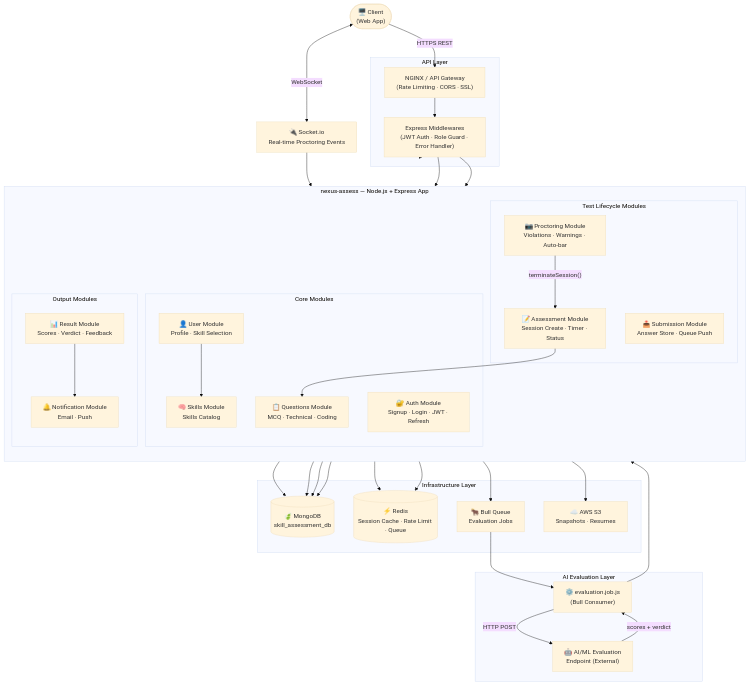
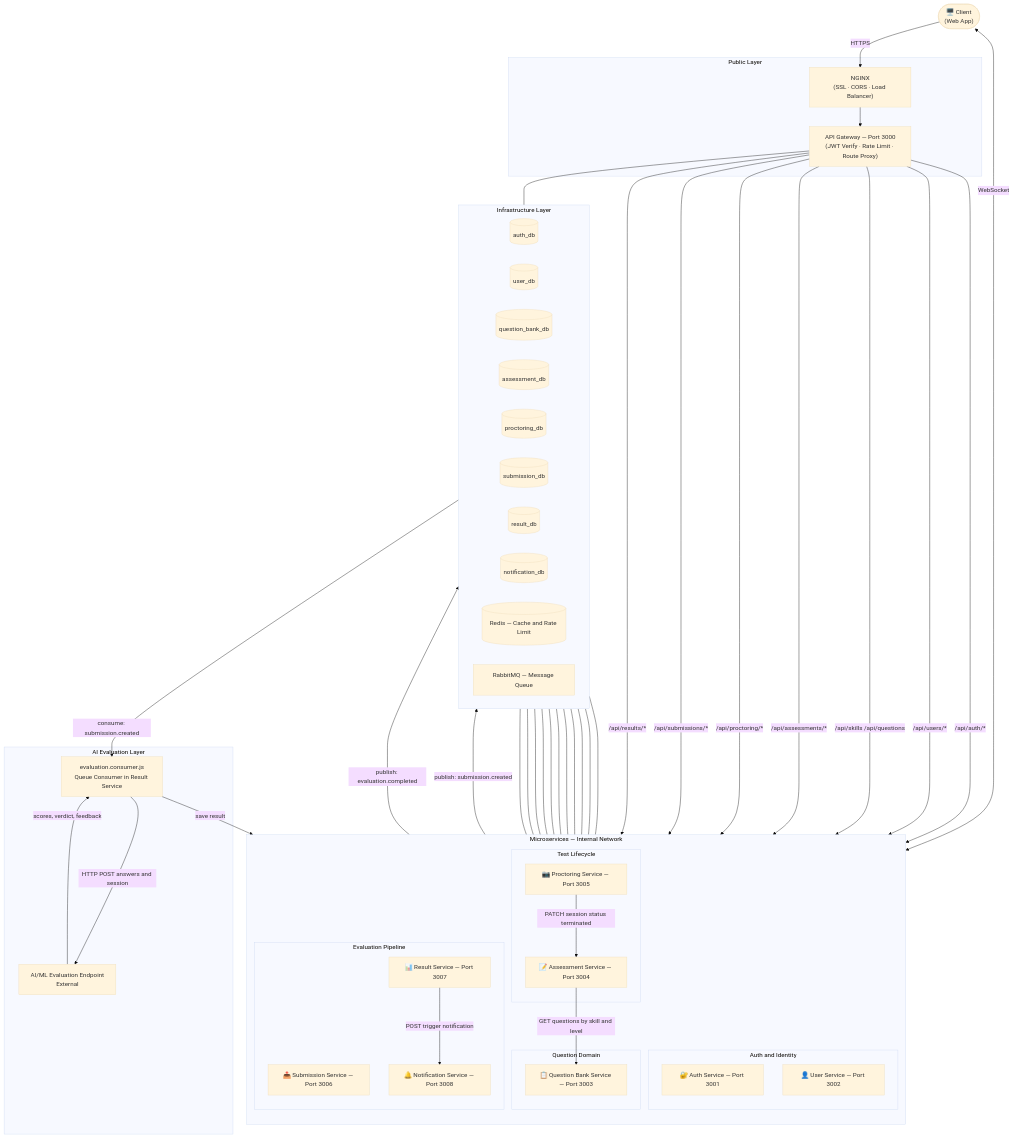
One commit to mishrabhi/placemux-assess changed the diagram in docs/ARCHITECTURE.md. Above: the diagram before and after it, drawn with Mermaid (base theme). The commit also changed other lines of this file and 35 other files, not shown here.

````diff
--- a/docs/ARCHITECTURE.md
+++ b/docs/ARCHITECTURE.md
@@ -11,79 +11,88 @@
 flowchart TD
     Client(["🖥️ Client\n(Web App)"])
 
-    subgraph Gateway["API Layer"]
-        AG["NGINX / API Gateway\n(Rate Limiting · CORS · SSL)"]
-        MW["Express Middlewares\n(JWT Auth · Role Guard · Error Handler)"]
+    subgraph PublicLayer["Public Layer"]
+        NGINX["NGINX\n(SSL · CORS · Load Balancer)"]
+        GW["API Gateway — Port 3000\n(JWT Verify · Rate Limit · Route Proxy)"]
     end
 
-    subgraph Monolith["nexus-assess — Node.js + Express App"]
+    subgraph Services["Microservices — Internal Network"]
         direction TB
 
-        subgraph Core["Core Modules"]
-            AM["🔐 Auth Module\nSignup · Login · JWT · Refresh"]
-            UM["👤 User Module\nProfile · Skill Selection"]
-            SKM["🧠 Skills Module\nSkills Catalog"]
-            QM["📋 Questions Module\nMCQ · Technical · Coding"]
+        subgraph AuthCluster["Auth and Identity"]
+            AS["🔐 Auth Service — Port 3001"]
+            US["👤 User Service — Port 3002"]
         end
 
-        subgraph TestLifecycle["Test Lifecycle Modules"]
-            ASM["📝 Assessment Module\nSession Create · Timer · Status"]
-            PM["📷 Proctoring Module\nViolations · Warnings · Auto-bar"]
-            SM["📤 Submission Module\nAnswer Store · Queue Push"]
+        subgraph QuestionCluster["Question Domain"]
+            QBS["📋 Question Bank Service — Port 3003"]
         end
 
-        subgraph Output["Output Modules"]
-            RM["📊 Result Module\nScores · Verdict · Feedback"]
-            NM["🔔 Notification Module\nEmail · Push"]
+        subgraph TestCluster["Test Lifecycle"]
+            AMS["📝 Assessment Service — Port 3004"]
+            PS["📷 Proctoring Service — Port 3005"]
+        end
+
+        subgraph EvalCluster["Evaluation Pipeline"]
+            SS["📤 Submission Service — Port 3006"]
+            RS["📊 Result Service — Port 3007"]
+            NS["🔔 Notification Service — Port 3008"]
         end
     end
 
     subgraph Infra["Infrastructure Layer"]
-        MDB[("🍃 MongoDB\nskill_assessment_db")]
-        RDS[("⚡ Redis\nSession Cache · Rate Limit · Queue")]
-        BQ["🐂 Bull Queue\nEvaluation Jobs"]
-        S3["☁️ AWS S3\nSnapshots · Resumes"]
+        direction LR
+        AuthDB[("auth_db")]
+        UserDB[("user_db")]
+        QBDB[("question_bank_db")]
+        AssDB[("assessment_db")]
+        ProcDB[("proctoring_db")]
+        SubDB[("submission_db")]
+        ResDB[("result_db")]
+        NotifDB[("notification_db")]
+        REDIS[("Redis — Cache and Rate Limit")]
+        MQ["RabbitMQ — Message Queue"]
     end
 
-    subgraph AI["AI Evaluation Layer"]
-        EJ["⚙️ evaluation.job.js\n(Bull Consumer)"]
-        AIE["🤖 AI/ML Evaluation\nEndpoint (External)"]
+    subgraph AILayer["AI Evaluation Layer"]
+        AIJOB["evaluation.consumer.js\nQueue Consumer in Result Service"]
+        AIEP["AI/ML Evaluation Endpoint\nExternal"]
     end
 
-    SOCK["🔌 Socket.io\nReal-time Proctoring Events"]
+    Client -->|"HTTPS"| NGINX
+    Client <-->|"WebSocket"| PS
+    NGINX --> GW
 
-    %% Client to Gateway
-    Client -->|"HTTPS REST"| AG
-    Client <-->|"WebSocket"| SOCK
+    GW -->|"/api/auth/*"| AS
+    GW -->|"/api/users/*"| US
+    GW -->|"/api/skills /api/questions"| QBS
+    GW -->|"/api/assessments/*"| AMS
+    GW -->|"/api/proctoring/*"| PS
+    GW -->|"/api/submissions/*"| SS
+    GW -->|"/api/results/*"| RS
 
-    %% Gateway to App
-    AG --> MW
-    MW --> Core
-    MW --> TestLifecycle
-    MW --> Output
+    AMS -->|"GET questions by skill and level"| QBS
+    PS -->|"PATCH session status terminated"| AMS
+    RS -->|"POST trigger notification"| NS
 
-    %% Socket to Proctoring
-    SOCK --> PM
+    AS --- AuthDB
+    US --- UserDB
+    QBS --- QBDB
+    AMS --- AssDB
+    PS --- ProcDB
+    SS --- SubDB
+    RS --- ResDB
+    NS --- NotifDB
 
-    %% Internal module calls
-    UM --> SKM
-    ASM --> QM
-    PM -->|"terminateSession()"| ASM
-    SM --> BQ
+    AS --- REDIS
+    GW --- REDIS
+    AMS --- REDIS
+    PS --- REDIS
 
-    %% App to Infra
-    Core --> MDB
-    TestLifecycle --> MDB
-    Output --> MDB
-    Core --> RDS
-    ASM --> RDS
-    PM --> S3
-
-    %% Async Evaluation Pipeline
-    BQ --> EJ
-    EJ -->|"HTTP POST"| AIE
-    AIE -->|"scores + verdict"| EJ
-    EJ --> RM
-    RM --> NM
-    NM --> MDB
+    SS -->|"publish: submission.created"| MQ
+    MQ -->|"consume: submission.created"| AIJOB
+    AIJOB -->|"HTTP POST answers and session"| AIEP
+    AIEP -->|"scores, verdict, feedback"| AIJOB
+    AIJOB -->|"save result"| RS
+    RS -->|"publish: evaluation.completed"| MQ
 ```
````
